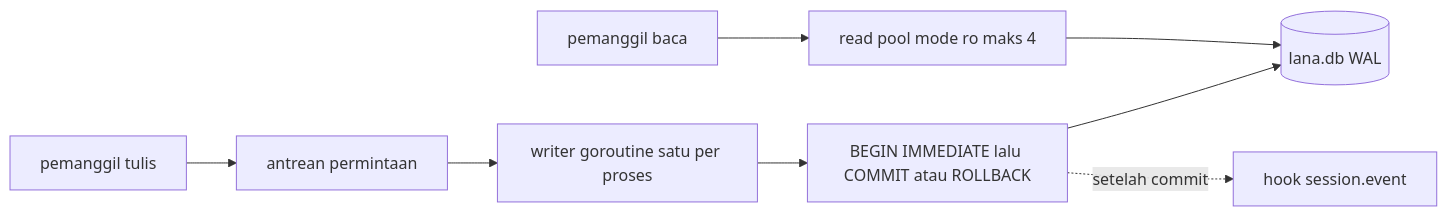
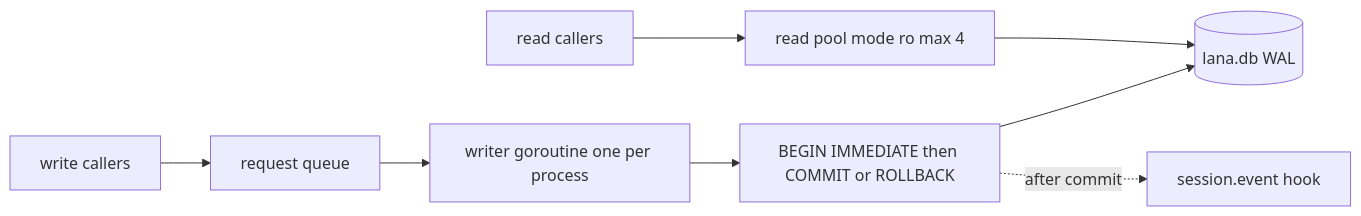
Before and after one commit to ridhomujizat/lana-harness: the second of 6 diagrams in docs/specs/4-session-permission/design.md, drawn with Mermaid. The commit also changed other lines of this file and 172 other files, not shown here.

````diff
--- a/docs/specs/4-session-permission/design.md
+++ b/docs/specs/4-session-permission/design.md
@@ -72,10 +72,10 @@
 ```mermaid
 flowchart LR
-  Callers["pemanggil tulis"] --> Queue["antrean permintaan"]
-  Queue --> Writer["writer goroutine satu per proses"]
-  Writer --> Tx["BEGIN IMMEDIATE lalu COMMIT atau ROLLBACK"]
+  Callers["write callers"] --> Queue["request queue"]
+  Queue --> Writer["writer goroutine one per process"]
+  Writer --> Tx["BEGIN IMMEDIATE then COMMIT or ROLLBACK"]
   Tx --> DB[("lana.db WAL")]
-  Readers["pemanggil baca"] --> Pool["read pool mode ro maks 4"]
+  Readers["read callers"] --> Pool["read pool mode ro max 4"]
   Pool --> DB
-  Tx -. "setelah commit" .-> Hook["hook session.event"]
+  Tx -. "after commit" .-> Hook["session.event hook"]
 ```
````
